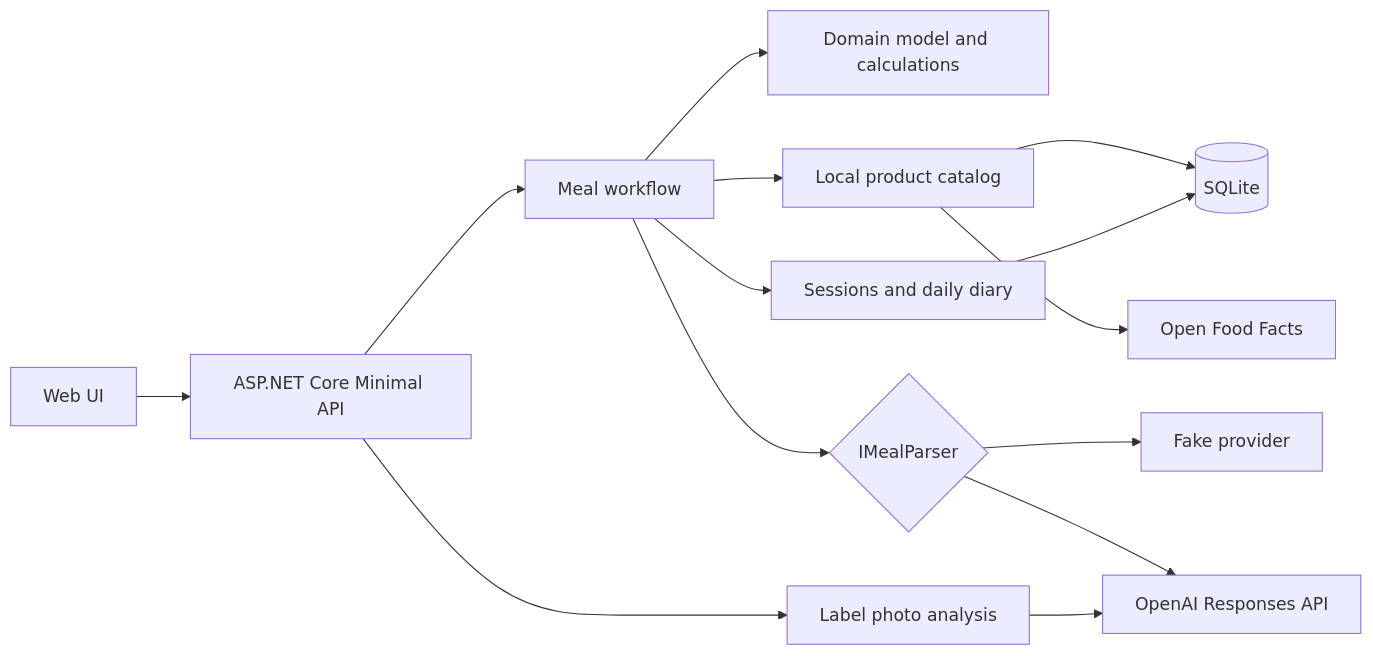
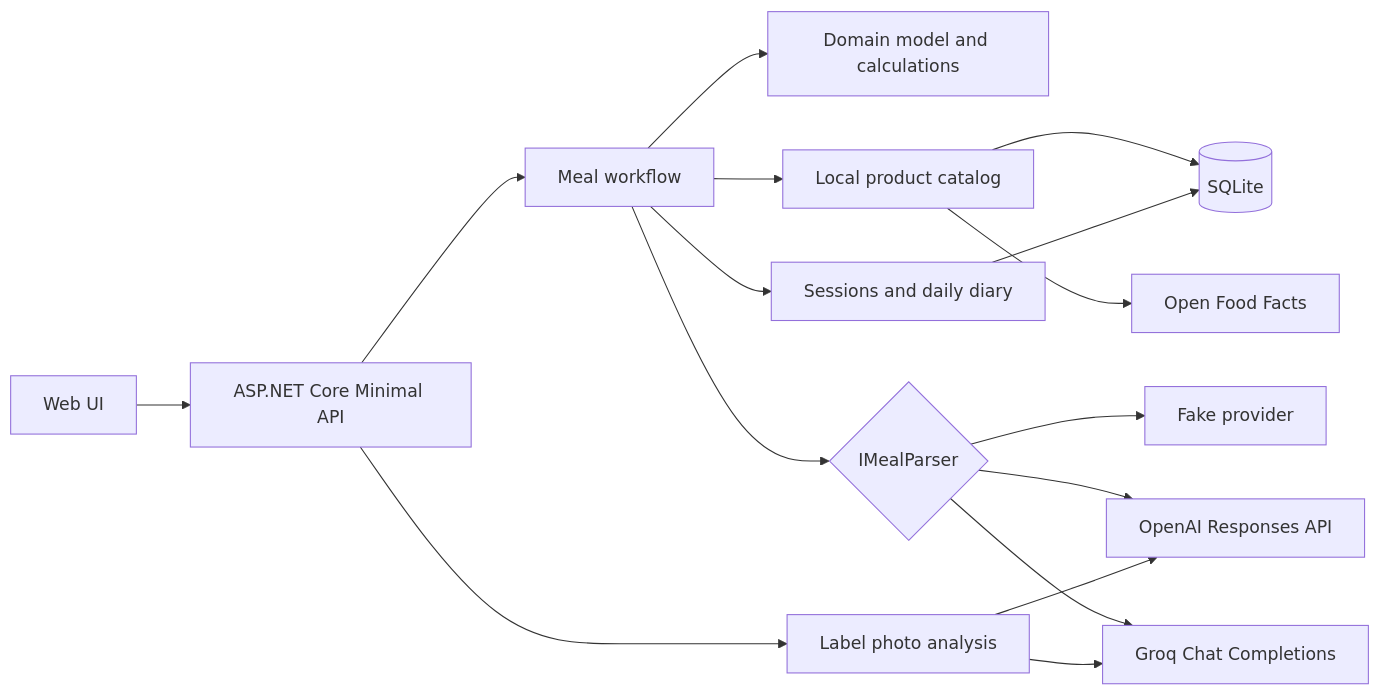
Before and after one commit to Vvvv4a40/NutriFlow: the diagram in README.md, drawn with Mermaid. The commit also changed other lines of this file and 12 other files, not shown here.

````diff
--- a/README.md
+++ b/README.md
@@ -66,16 +66,18 @@
 ```mermaid
 flowchart LR
     Browser[Web UI] --> Api[ASP.NET Core Minimal API]
     Api --> Workflow[Meal workflow]
     Workflow --> Domain[Domain model and calculations]
     Workflow --> Catalog[Local product catalog]
     Workflow --> Diary[Sessions and daily diary]
     Catalog --> SQLite[(SQLite)]
     Diary --> SQLite
     Catalog --> OFF[Open Food Facts]
     Workflow --> Parser{IMealParser}
     Parser --> Fake[Fake provider]
     Parser --> OpenAI[OpenAI Responses API]
+    Parser --> Groq[Groq Chat Completions]
     Api --> Labels[Label photo analysis]
     Labels --> OpenAI
+    Labels --> Groq
 ```
````
